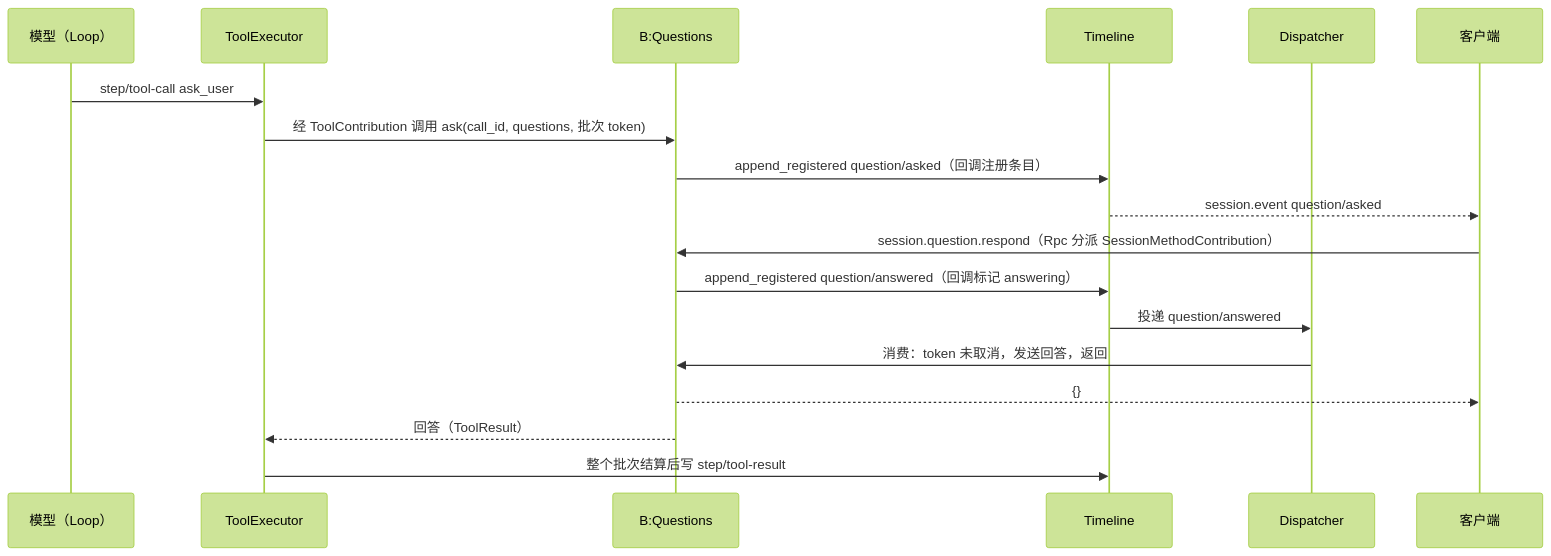
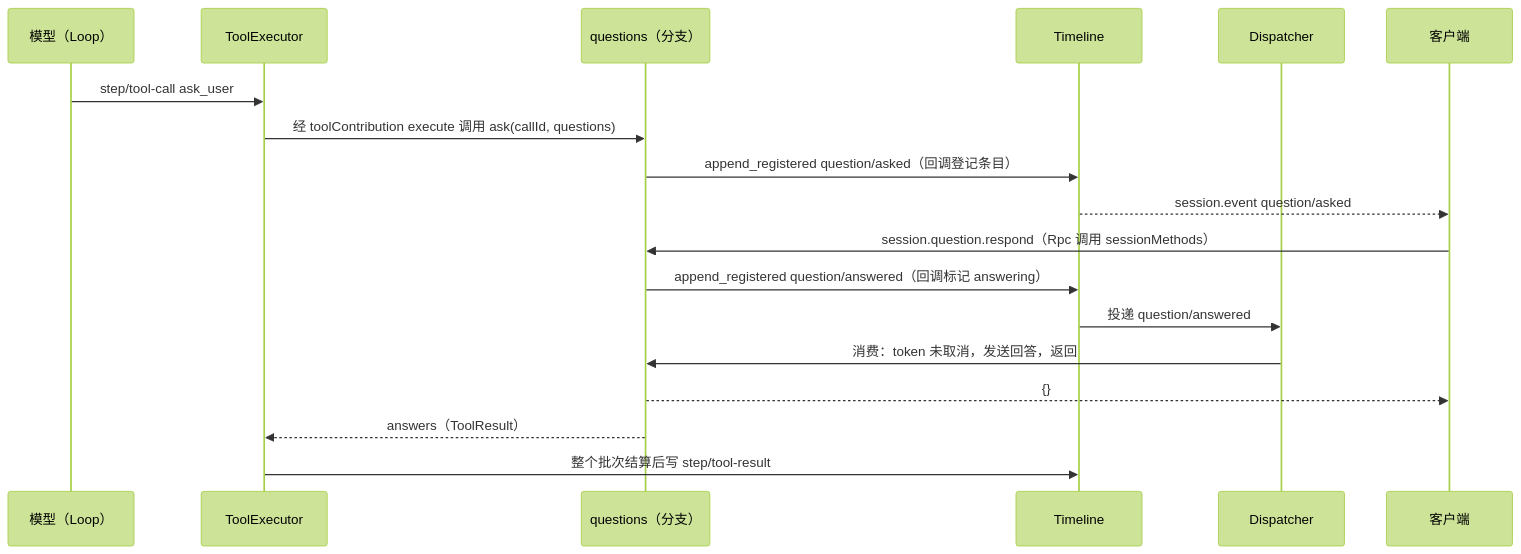
The third of 6 diagrams in docs/zh/design/plugins/Questions.md (CoutinhoTTS/dim-agent), drawn with Mermaid (forest theme) before and after one commit. The commit also changed other lines of this file and 18 other files, not shown here.

````diff
--- a/docs/zh/design/plugins/Questions.md
+++ b/docs/zh/design/plugins/Questions.md
@@ -90,20 +90,20 @@
 ```mermaid
 sequenceDiagram
   participant M as 模型（Loop）
   participant TE as ToolExecutor
-  participant Q as B:Questions
+  participant Q as questions（分支）
   participant TL as Timeline
   participant D as Dispatcher
   participant C as 客户端
   M->>TE: step/tool-call ask_user
-  TE->>Q: 经 ToolContribution 调用 ask(call_id, questions, 批次 token)
-  Q->>TL: append_registered question/asked（回调注册条目）
+  TE->>Q: 经 toolContribution execute 调用 ask(callId, questions)
+  Q->>TL: append_registered question/asked（回调登记条目）
   TL-->>C: session.event question/asked
-  C->>Q: session.question.respond（Rpc 分派 SessionMethodContribution）
+  C->>Q: session.question.respond（Rpc 调用 sessionMethods）
   Q->>TL: append_registered question/answered（回调标记 answering）
   TL->>D: 投递 question/answered
   D->>Q: 消费：token 未取消，发送回答，返回
   Q-->>C: {}
-  Q-->>TE: 回答（ToolResult）
+  Q-->>TE: answers（ToolResult）
   TE->>TL: 整个批次结算后写 step/tool-result
 ```
````
